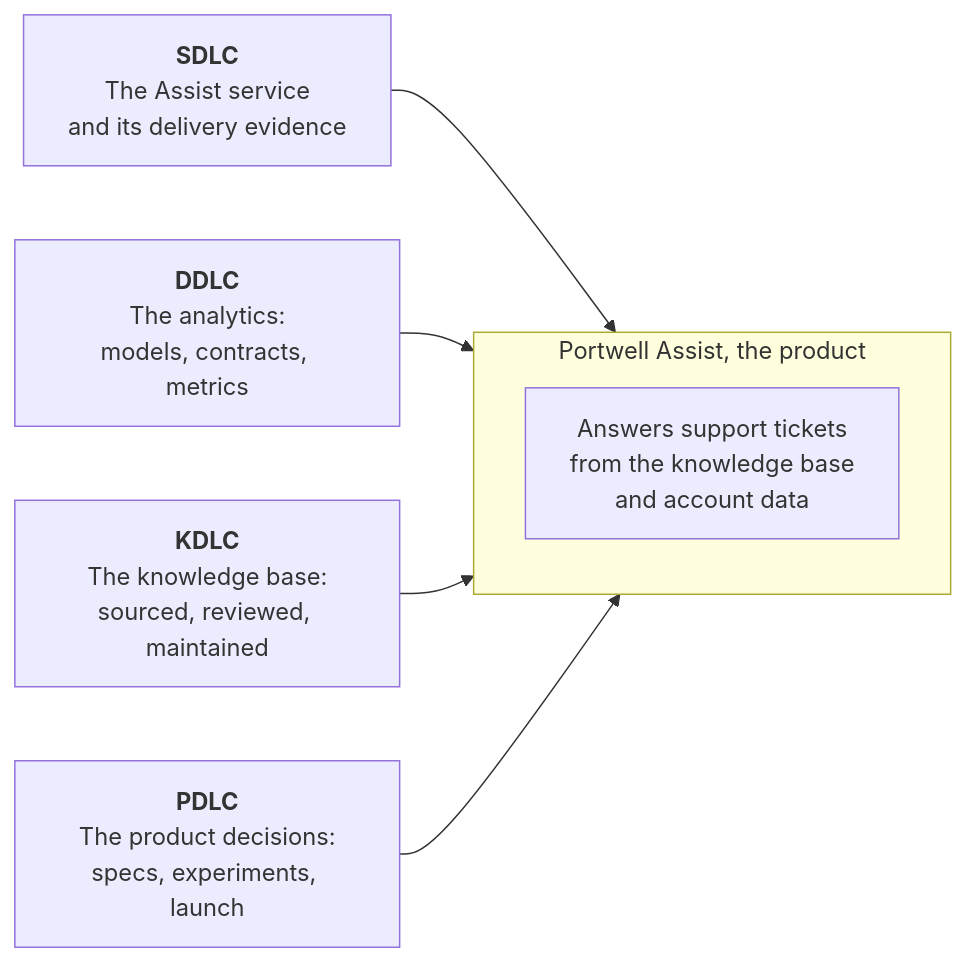
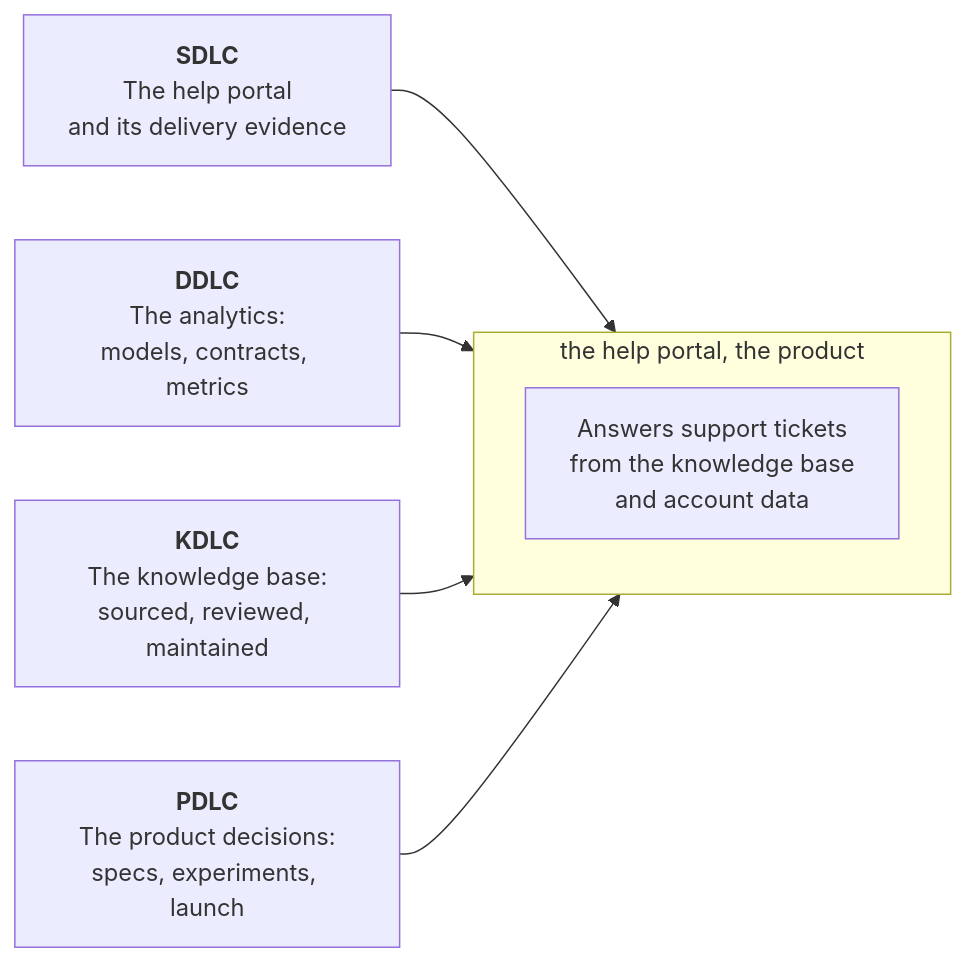
One commit to techindicium/portwell-knowledge changed the first of 3 diagrams in STUDENT-GUIDE.md. Above: the diagram before and after it, drawn with Mermaid. The commit also changed other lines of this file and 28 other files, not shown here.

````diff
--- a/STUDENT-GUIDE.md
+++ b/STUDENT-GUIDE.md
@@ -14,17 +14,17 @@
 ```mermaid
 flowchart LR
-  subgraph P["Portwell Assist, the product"]
+  subgraph P["the help portal, the product"]
     direction TB
     PROD["Answers support tickets<br/>from the knowledge base<br/>and account data"]
   end
 
-  SDLC["<b>SDLC</b><br/>The Assist service<br/>and its delivery evidence"]
+  SDLC["<b>SDLC</b><br/>The help portal<br/>and its delivery evidence"]
   DDLC["<b>DDLC</b><br/>The analytics:<br/>models, contracts, metrics"]
   KDLC["<b>KDLC</b><br/>The knowledge base:<br/>sourced, reviewed, maintained"]
   PDLC["<b>PDLC</b><br/>The product decisions:<br/>specs, experiments, launch"]
 
   SDLC --> P
   DDLC --> P
   KDLC --> P
   PDLC --> P
 ```
````
